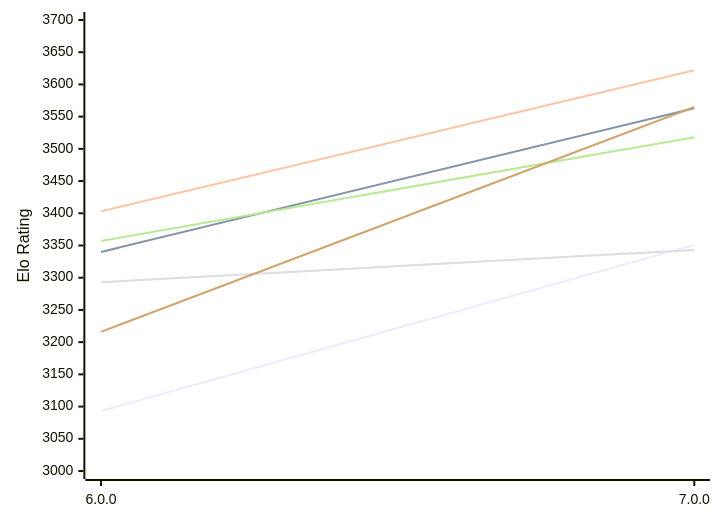
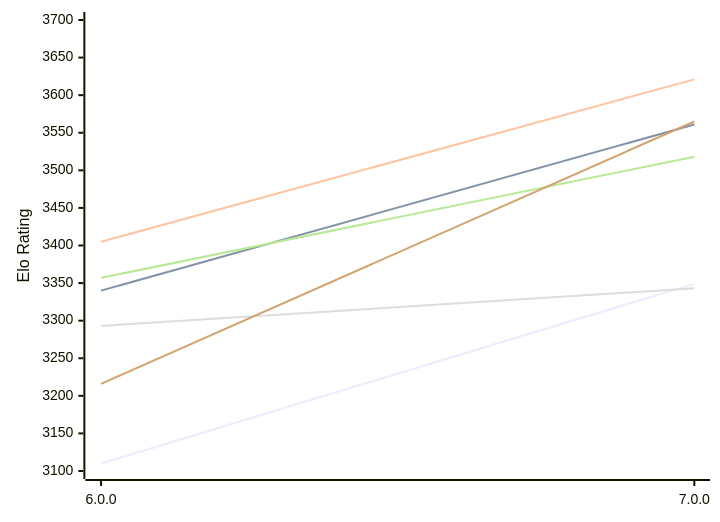
The first of 2 diagrams in engines/Minke.md (computer-chess-index/cci), drawn with Mermaid before and after one commit. The commit also changed other lines of this file, not shown here.

Commit message:
Update CCI Ratings (ELO VLTC) - 2026-11-27

````diff
--- a/engines/Minke.md
+++ b/engines/Minke.md
@@ -53,12 +53,12 @@
 ```mermaid
 %%{init: {"theme":"base","themeVariables":{"seriesColors:['#a3a3a3','#222221','#faa371']}}}%%
 xychart-beta
   x-axis ["6.0.0", "7.0.0"]
-  y-axis "Elo Rating" 3000 --> 3700
-  line "E1: STC (8.0+0.08s)" [3093, 3351]
-  line "E1: LTC (60.0+0.60s)" [3340, 3563]
-  line "E1: VLTC (2m24s+1.12s)" [3403, 3622]
+  y-axis "Elo Rating" 3100 --> 3700
+  line "E1: STC (8.0+0.08s)" [3110, 3349]
+  line "E1: LTC (60.0+0.60s)" [3340, 3561]
+  line "E1: VLTC (2m24s+1.12s)" [3405, 3621]
   line "P1: STC (8.0+0.08s)" [3293, 3343]
   line "P1: LTC (60.0+0.60s)" [3357, 3518]
   line "P1: VLTC (2m24s+1.12s)" [3216, 3565]
 ```
````
